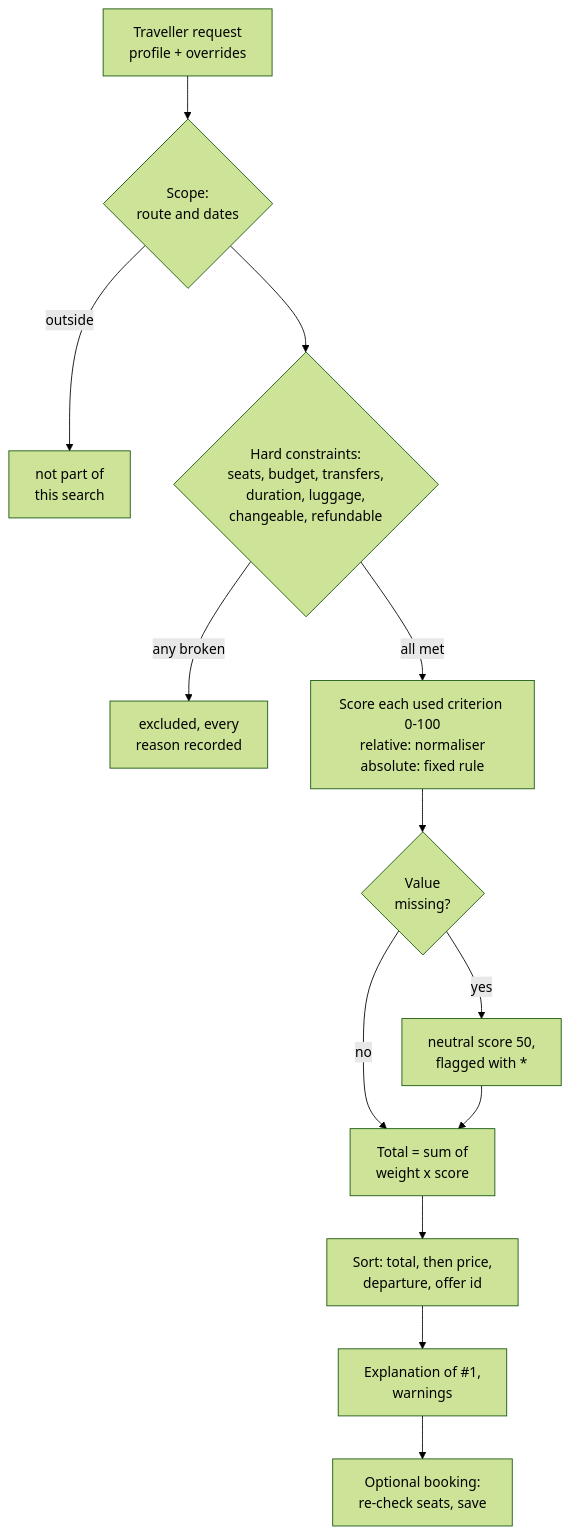
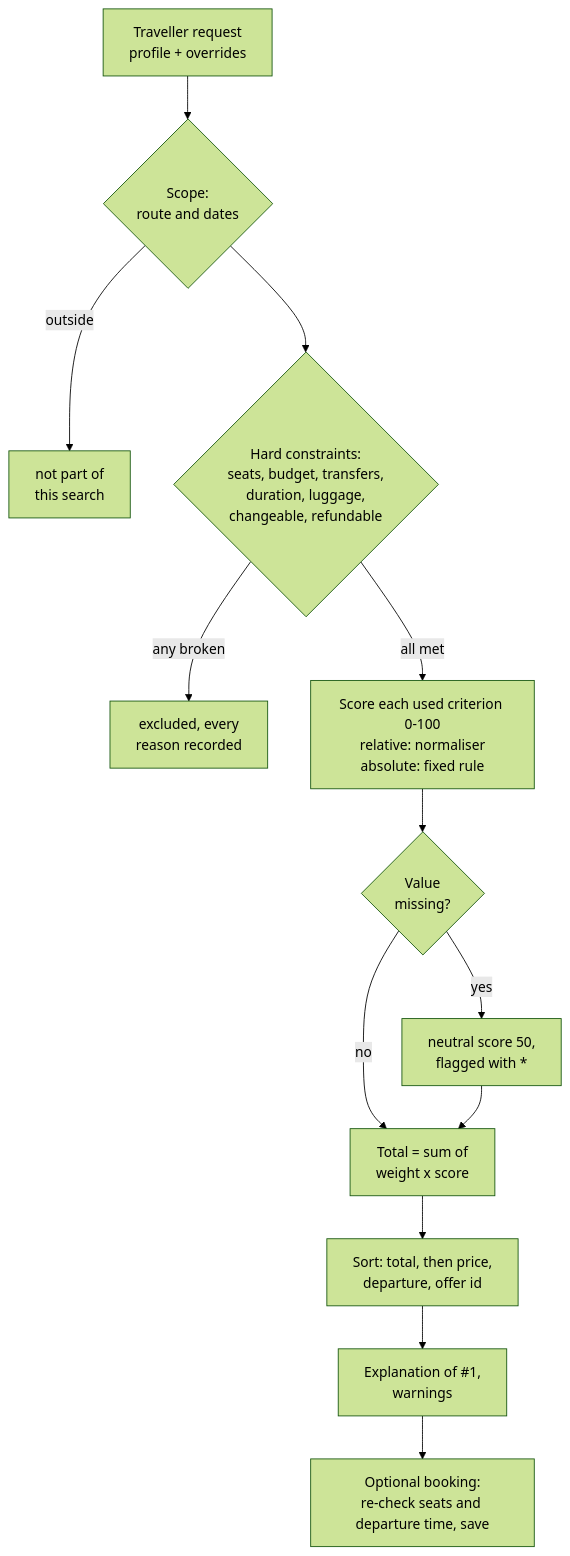
The diagram in docs/img/diagram2.mmd (larakhas/ACIT4420_Final_Project_BusBidder_Spain), drawn with Mermaid (forest theme) before and after one commit. The commit also changed 1 other file, not shown here.

Commit message:
I updated the pipeline diagram with the departure check

```diff
--- a/docs/img/diagram2.mmd
+++ b/docs/img/diagram2.mmd
@@ -1,13 +1,13 @@
 flowchart TD
     A["Traveller request<br/>profile + overrides"] --> B{"Scope:<br/>route and dates"}
     B -->|outside| X1["not part of<br/>this search"]
     B --> C{"Hard constraints:<br/>seats, budget, transfers,<br/>duration, luggage,<br/>changeable, refundable"}
     C -->|any broken| X2["excluded, every<br/>reason recorded"]
     C -->|all met| D["Score each used criterion 0-100<br/>relative: normaliser<br/>absolute: fixed rule"]
     D --> E{"Value<br/>missing?"}
     E -->|yes| F["neutral score 50,<br/>flagged with *"]
     E -->|no| G
     F --> G["Total = sum of<br/>weight x score"]
     G --> H["Sort: total, then price,<br/>departure, offer id"]
     H --> I["Explanation of #1,<br/>warnings"]
-    I --> J["Optional booking:<br/>re-check seats, save"]
+    I --> J["Optional booking:<br/>re-check seats and departure time, save"]
```
